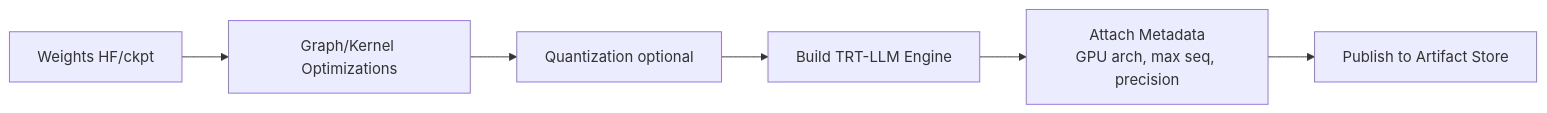
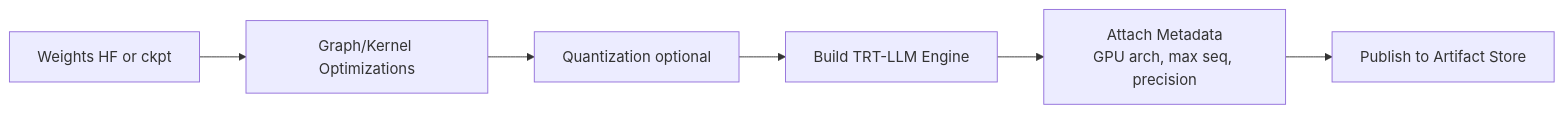
Before and after one commit to rmehta2974/LLM_mlops: the diagram in alternate_learning/docs/03-tensorrt-llm.md, drawn with Mermaid.

````diff
--- a/alternate_learning/docs/03-tensorrt-llm.md
+++ b/alternate_learning/docs/03-tensorrt-llm.md
@@ -12,8 +12,8 @@
 ```mermaid
 flowchart LR
-  W[Weights HF/ckpt] --> OPT[Graph/Kernel Optimizations]
+  W[Weights HF or ckpt] --> OPT[Graph/Kernel Optimizations]
   OPT --> Q[Quantization optional]
   Q --> ENG[Build TRT-LLM Engine]
   ENG --> META[Attach Metadata<br/>GPU arch, max seq, precision]
   META --> ART[Publish to Artifact Store]
 ```
````
